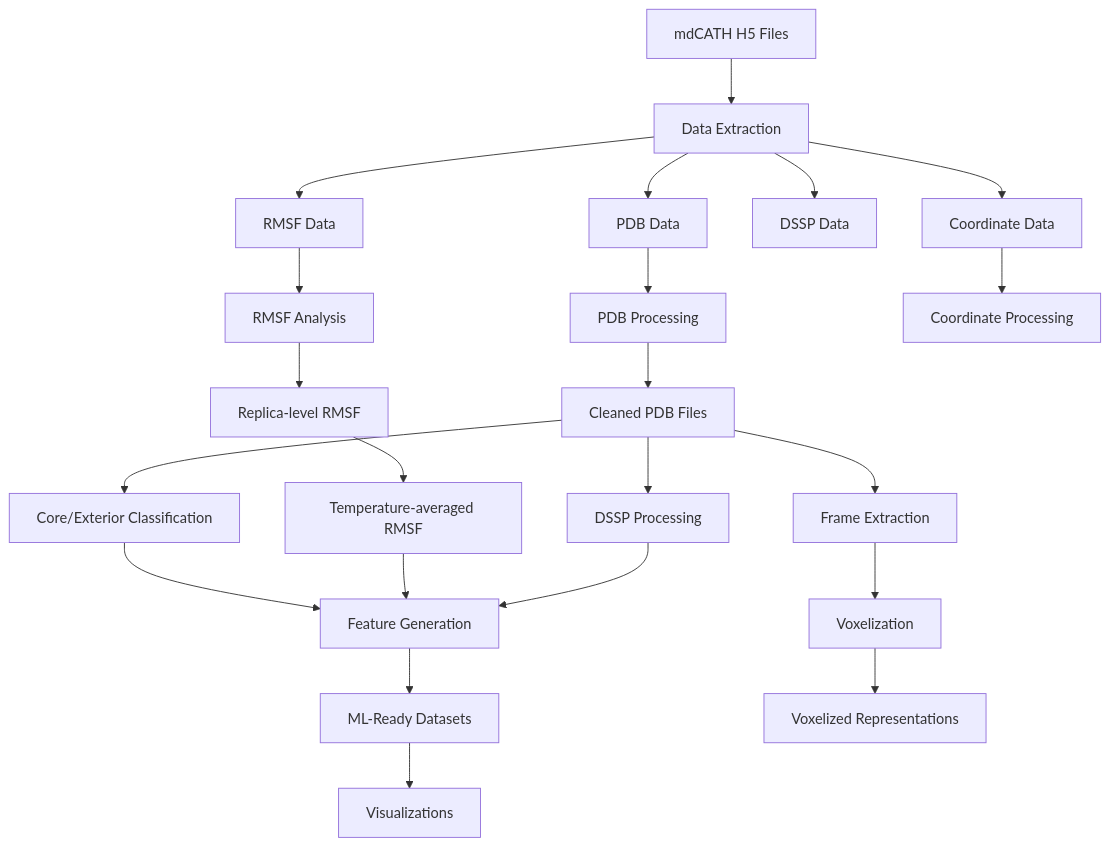
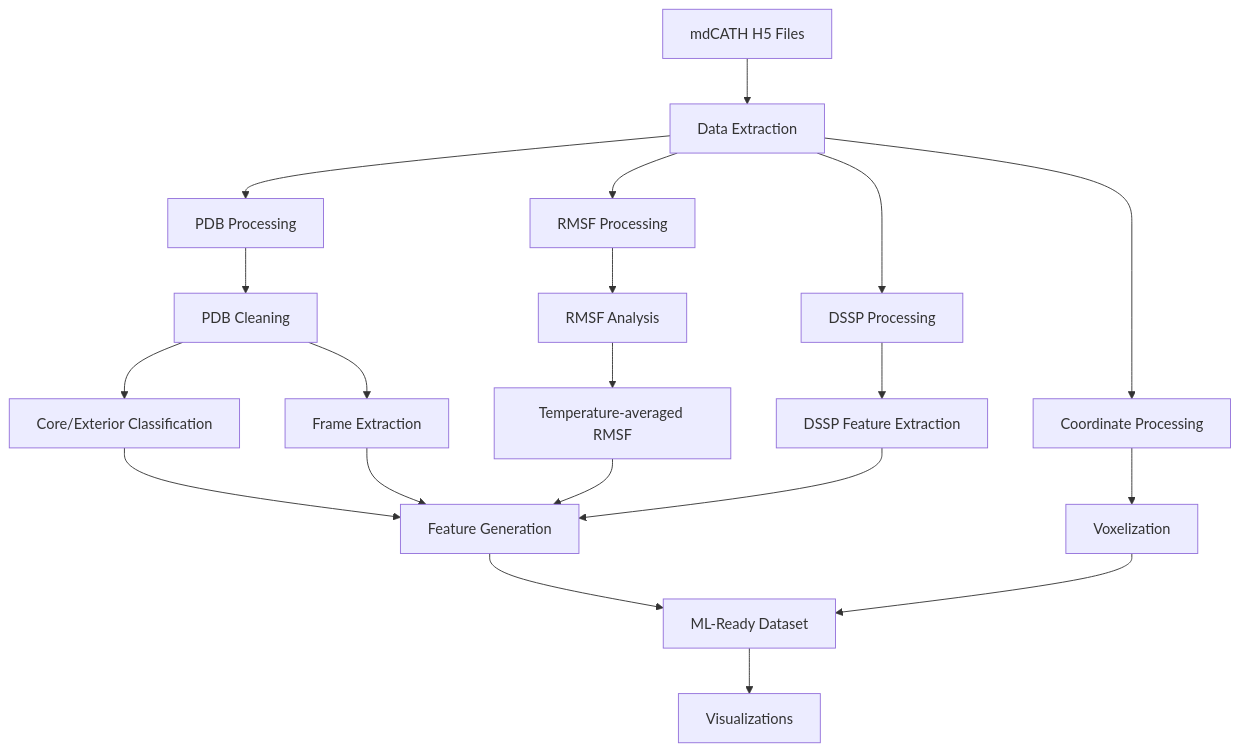
Before and after one commit to Felixburton7/mdcath-processor: the diagram in README.md, drawn with Mermaid.

````diff
--- a/README.md
+++ b/README.md
@@ -136,31 +136,37 @@
 ```mermaid
 graph TD
     A[mdCATH H5 Files] --> B[Data Extraction]
-    B --> C1[PDB Data]
-    B --> C2[RMSF Data]
-    B --> C3[DSSP Data]
-    B --> C4[Coordinate Data]
-    
-    C1 --> D1[PDB Processing]
-    D1 --> E1[Cleaned PDB Files]
-    E1 --> F1[Core/Exterior Classification]
-    E1 --> D3[DSSP Processing]
-    E1 --> F2[Frame Extraction]
-    
-    C2 --> D2[RMSF Analysis]
-    D2 --> E2[Replica-level RMSF]
-    E2 --> F3[Temperature-averaged RMSF]
-    
-    
-    C4 --> D4[Coordinate Processing]
-    
-    F1 --> G[Feature Generation]
-    F2 --> H[Voxelization]
-    F3 --> G
-    D3 --> G
-    
-    G --> I[ML-Ready Datasets]
-    H --> J[Voxelized Representations]
-    
-    I --> K[Visualizations]
+
+    B --> PDB[PDB Processing]
+    B --> RMSF[RMSF Processing]
+    B --> DSSP[DSSP Processing]
+    B --> COORD[Coordinate Processing]
+
+    %% PDB pipeline
+    PDB --> Clean[PDB Cleaning]
+    Clean --> Classify[Core/Exterior Classification]
+    Clean --> Frames[Frame Extraction]
+
+    %% RMSF pipeline
+    RMSF --> Replica[RMSF Analysis]
+    Replica --> TempAvg[Temperature‑averaged RMSF]
+
+    %% DSSP pipeline
+    DSSP --> DSSPFeat[DSSP Feature Extraction]
+
+    %% Coordinate pipeline
+    COORD --> Vox[Voxelization]
+
+    %% Feature generation
+    Classify --> Features[Feature Generation]
+    Frames --> Features
+    TempAvg --> Features
+    DSSPFeat --> Features
+
+    %% Convergence
+    Features --> ML[ML‑Ready Dataset]
+    Vox --> ML
+
+    %% Optional downstream
+    ML --> Viz[Visualizations]
 ```
````
